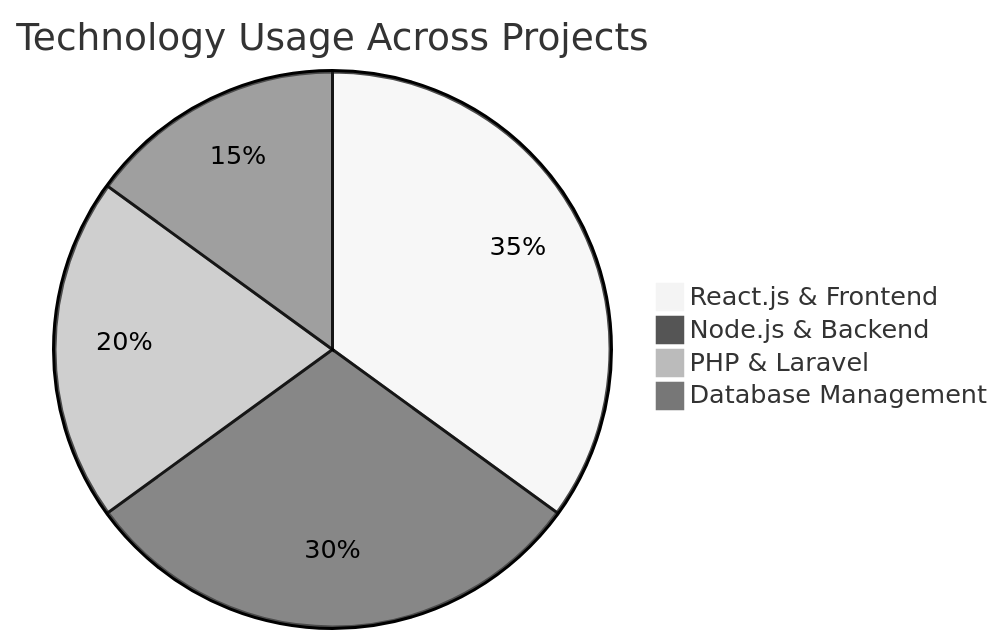
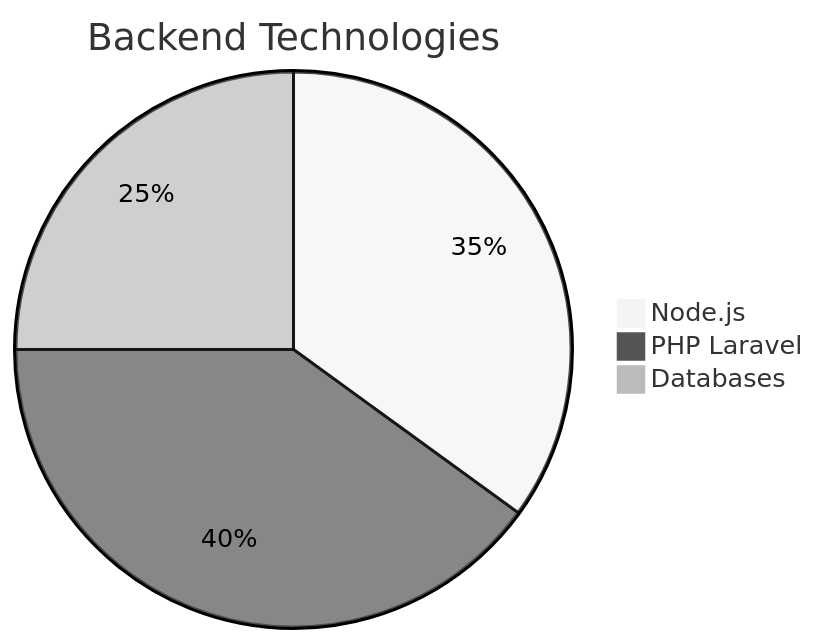
Before and after one commit to nfcdjobo/nfcdjobo: the second of 3 diagrams in README.md, drawn with Mermaid (neutral theme). The commit also changed other lines of this file, not shown here.

````diff
--- a/README.md
+++ b/README.md
@@ -231,7 +36,6 @@
 ```mermaid
-pie title Technology Usage Across Projects
-    "React.js & Frontend" : 35
-    "Node.js & Backend" : 30
-    "PHP & Laravel" : 20
-    "Database Management" : 15
+pie title Backend Technologies  
+    "Node.js" : 35
+    "PHP Laravel" : 40
+    "Databases" : 25
 ```
````
